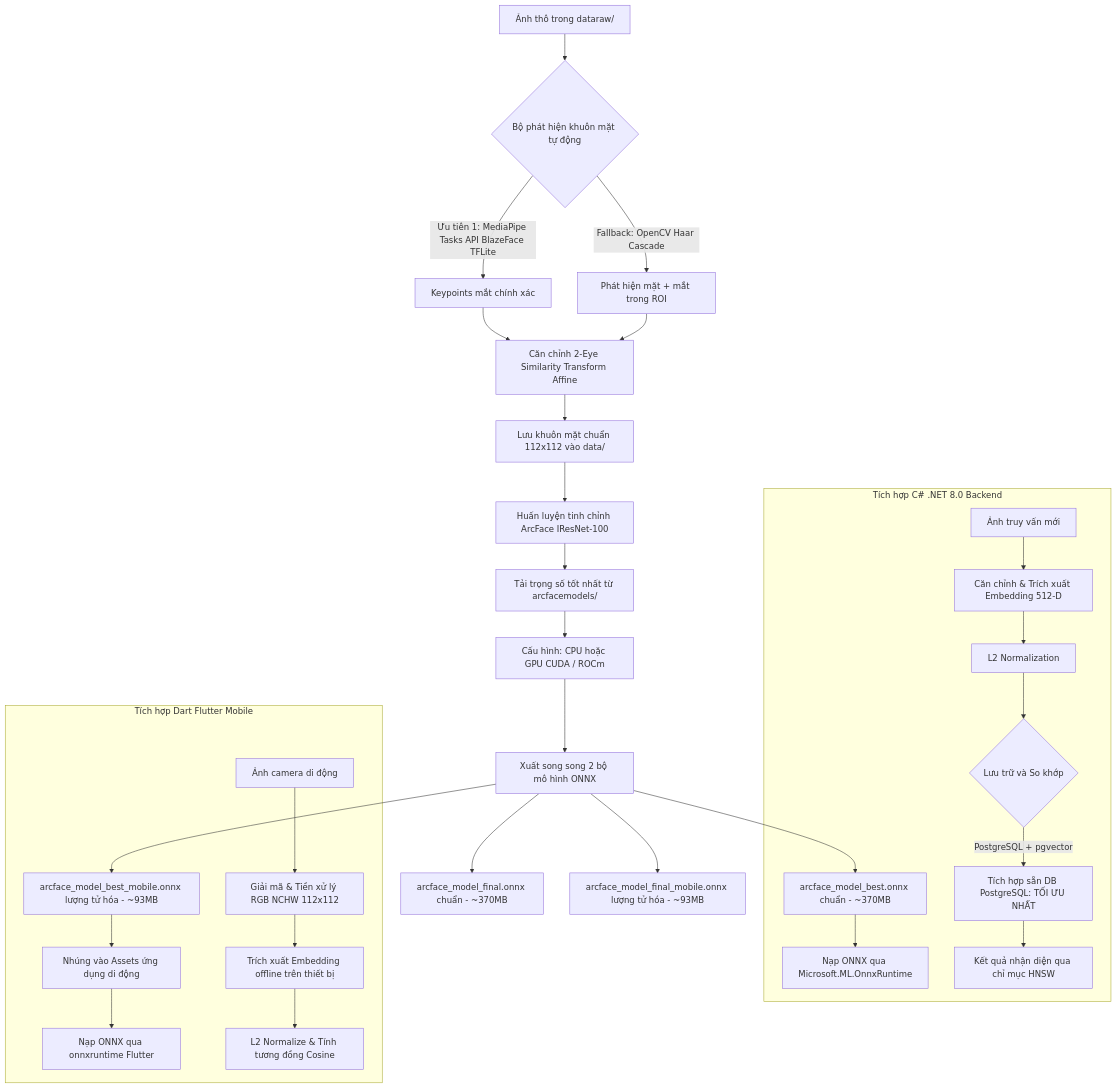
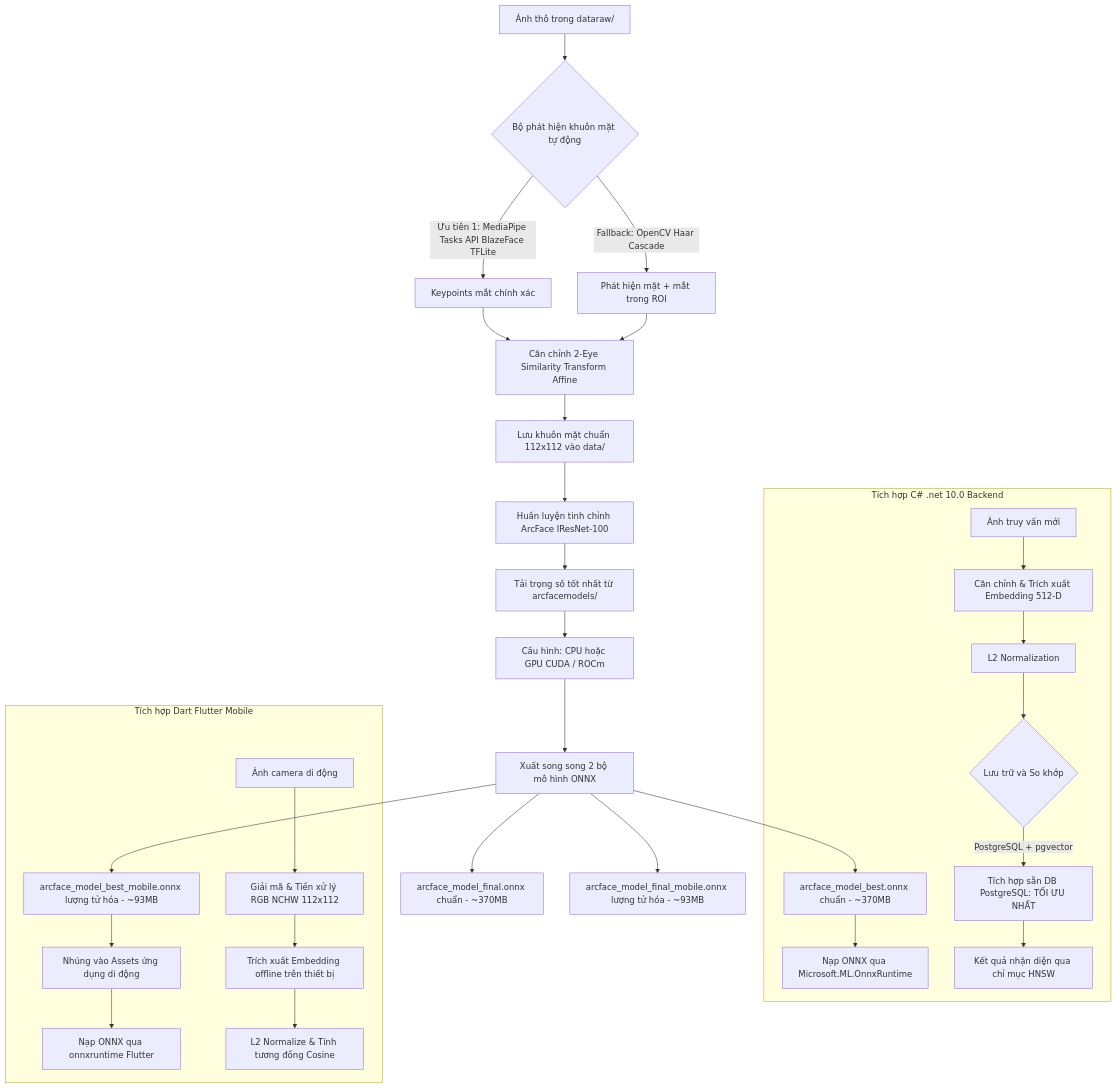
The first of 3 diagrams in TreeOfThought/docs/nhan-dien-khuon-mat/ArcFaceFinetune/howtodo.md (badpaybad/a.i-assistant-chatbot-telegram-serverles), drawn with Mermaid before and after one commit. The commit also changed other lines of this file and 25 other files, not shown here.

````diff
--- a/TreeOfThought/docs/nhan-dien-khuon-mat/ArcFaceFinetune/howtodo.md
+++ b/TreeOfThought/docs/nhan-dien-khuon-mat/ArcFaceFinetune/howtodo.md
@@ -367,37 +367,37 @@
 ```mermaid
 graph TD
     A[Ảnh thô trong dataraw/] --> B{Bộ phát hiện khuôn mặt tự động}
     B -- Ưu tiên 1: MediaPipe Tasks API BlazeFace TFLite --> C1[Keypoints mắt chính xác]
     B -- Fallback: OpenCV Haar Cascade --> C2[Phát hiện mặt + mắt trong ROI]
     C1 --> D[Căn chỉnh 2-Eye Similarity Transform Affine]
     C2 --> D
     D --> E[Lưu khuôn mặt chuẩn 112x112 vào data/]
     
     E --> F[Huấn luyện tinh chỉnh ArcFace IResNet-100]
     F --> G[Tải trọng số tốt nhất từ arcfacemodels/]
     G --> H[Cấu hình: CPU hoặc GPU CUDA / ROCm]
     H --> I[Xuất song song 2 bộ mô hình ONNX]
     
     I --> I1[arcface_model_best.onnx chuẩn - ~370MB]
     I --> I2[arcface_model_best_mobile.onnx lượng tử hóa - ~93MB]
     I --> I3[arcface_model_final.onnx chuẩn - ~370MB]
     I --> I4[arcface_model_final_mobile.onnx lượng tử hóa - ~93MB]
 
     
-    subgraph Tích hợp C# .NET 8.0 Backend
+    subgraph Tích hợp C# .net 10.0 Backend
         I1 --> J[Nạp ONNX qua Microsoft.ML.OnnxRuntime]
         K[Ảnh truy vấn mới] --> L[Căn chỉnh & Trích xuất Embedding 512-D]
         L --> M[L2 Normalization]
         M --> N{Lưu trữ và So khớp}
         N -- PostgreSQL + pgvector --> R[Tích hợp sẵn DB PostgreSQL: TỐI ƯU NHẤT]
         R --> Q[Kết quả nhận diện qua chỉ mục HNSW]
     end
     
     subgraph Tích hợp Dart Flutter Mobile
         I2 --> F1[Nhúng vào Assets ứng dụng di động]
         F1 --> F2[Nạp ONNX qua onnxruntime Flutter]
         F3[Ảnh camera di động] --> F4[Giải mã & Tiền xử lý RGB NCHW 112x112]
         F4 --> F5[Trích xuất Embedding offline trên thiết bị]
         F5 --> F6[L2 Normalize & Tính tương đồng Cosine]
     end
 ```
````
